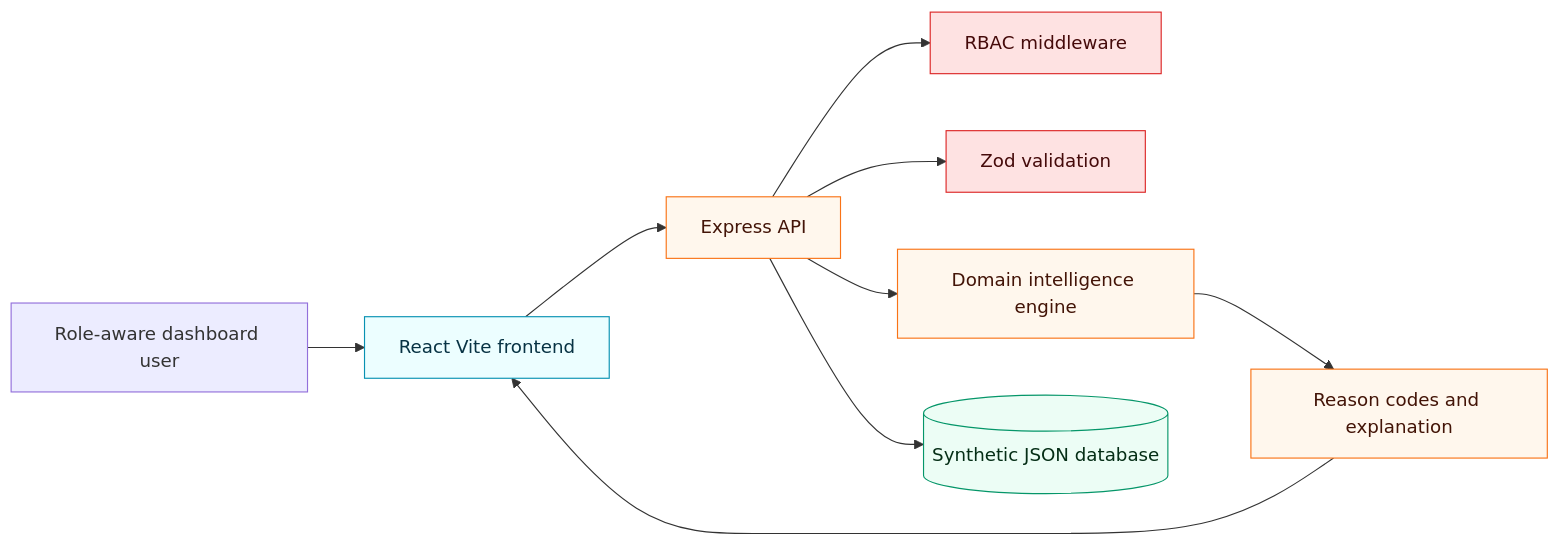
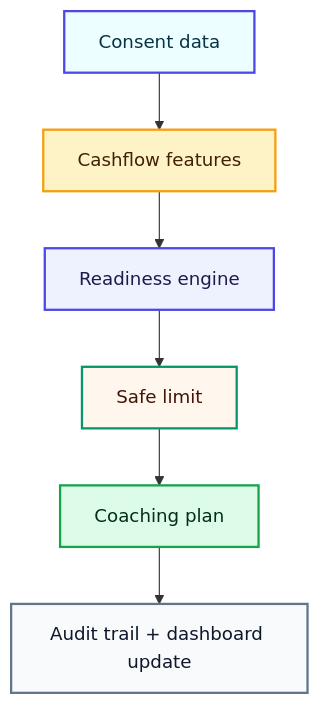
The first of 4 diagrams in docs/DIAGRAMS.md (jprbom/cashflow-memory-for-bharat), drawn with Mermaid before and after one commit. The commit also changed other lines of this file and 6 other files, not shown here.

```diff
--- a/docs/DIAGRAMS.md
+++ b/docs/DIAGRAMS.md
@@ -5,19 +13,15 @@
 ~~~mermaid
-flowchart LR
-  User["Role-aware dashboard user"] --> UI["React Vite frontend"]
-  UI --> API["Express API"]
-  API --> RBAC["RBAC middleware"]
-  API --> VALID["Zod validation"]
-  API --> ENGINE["Domain intelligence engine"]
-  API --> DB[("Synthetic JSON database")]
-  ENGINE --> EXPLAIN["Reason codes and explanation"]
-  EXPLAIN --> UI
-  classDef ui fill:#ecfeff,stroke:#0891b2,color:#083344
-  classDef api fill:#fff7ed,stroke:#f97316,color:#431407
-  classDef sec fill:#fee2e2,stroke:#dc2626,color:#450a0a
-  classDef data fill:#ecfdf5,stroke:#059669,color:#052e16
-  class UI ui
-  class API,ENGINE,EXPLAIN api
-  class RBAC,VALID sec
-  class DB data
+flowchart TD
+  A["Consent data"]:::start --> B["Cashflow features"]:::signal
+  B --> C["Readiness engine"]:::model
+  C --> D["Safe limit"]:::decision
+  D --> E["Coaching plan"]:::output
+  E --> F["Audit trail + dashboard update"]:::audit
+
+  classDef start fill:#ecfeff,stroke:#4f46e5,stroke-width:2px,color:#083344
+  classDef signal fill:#fef3c7,stroke:#f59e0b,stroke-width:2px,color:#422006
+  classDef model fill:#eef2ff,stroke:#4f46e5,stroke-width:2px,color:#1e1b4b
+  classDef decision fill:#fff7ed,stroke:#059669,stroke-width:2px,color:#431407
+  classDef output fill:#dcfce7,stroke:#16a34a,stroke-width:2px,color:#052e16
+  classDef audit fill:#f8fafc,stroke:#64748b,stroke-width:2px,color:#0f172a
 ~~~
```
